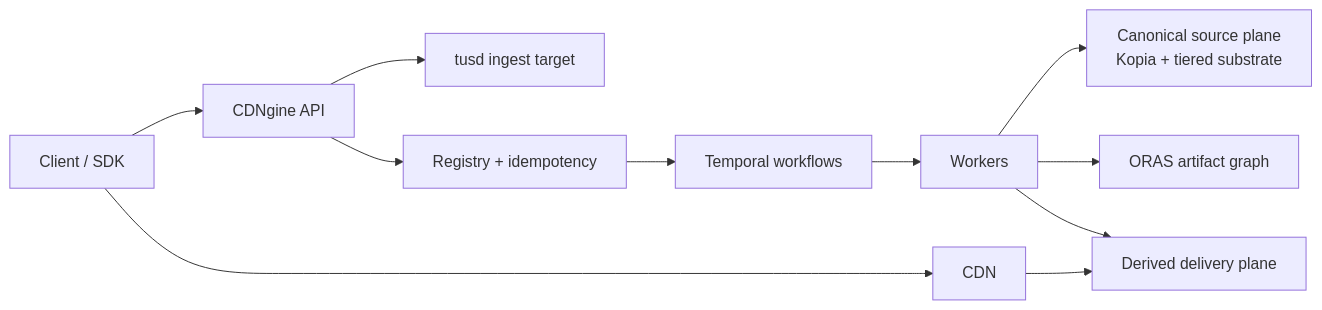
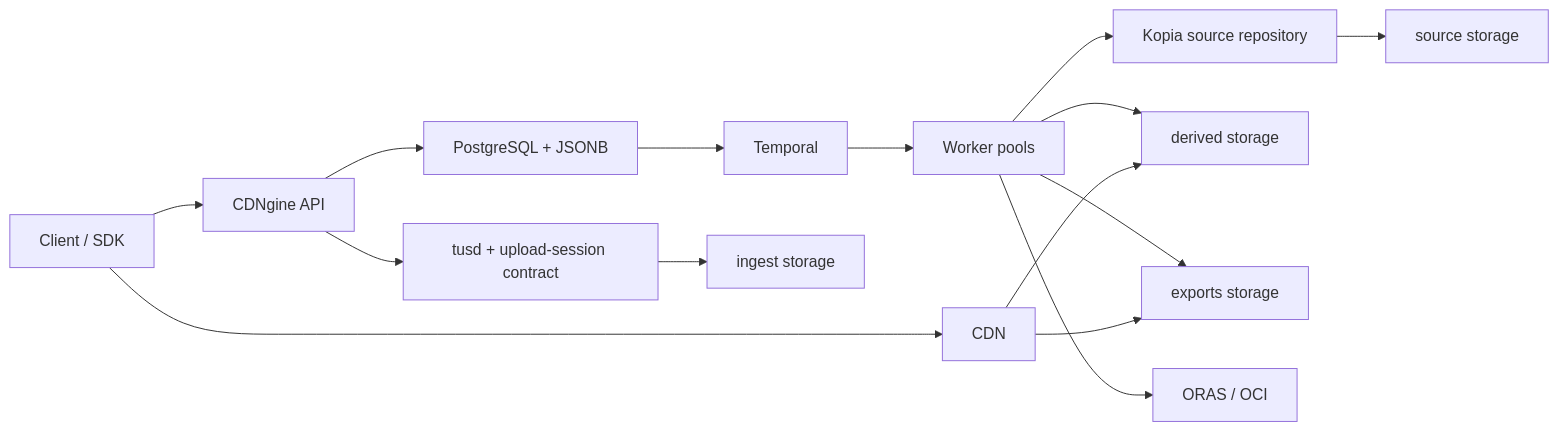
Before and after one commit to Yeusepe/cdngine: the first of 5 diagrams in README.md, drawn with Mermaid. The commit also changed other lines of this file and 23 other files, not shown here.

````diff
--- a/README.md
+++ b/README.md
@@ -28,13 +26,17 @@
 ```mermaid
 flowchart LR
     Client["Client / SDK"] --> API["CDNgine API"]
-    API --> Ingest["tusd ingest target"]
-    API --> Registry["Registry + idempotency"]
-    Registry --> Temporal["Temporal workflows"]
-    Temporal --> Workers["Workers"]
-    Workers --> Source["Canonical source plane\nKopia + tiered substrate"]
-    Workers --> Artifacts["ORAS artifact graph"]
-    Workers --> Derived["Derived delivery plane"]
+    API --> Ingest["tusd + upload-session contract"]
+    API --> Registry["PostgreSQL + JSONB"]
+    Registry --> Temporal["Temporal"]
+    Temporal --> Workers["Worker pools"]
+    Ingest --> Staging["ingest storage"]
+    Workers --> SourceRepo["Kopia source repository"]
+    SourceRepo --> SourceStore["source storage"]
+    Workers --> Derived["derived storage"]
+    Workers --> Exports["exports storage"]
+    Workers --> OCI["ORAS / OCI"]
     Client --> CDN["CDN"]
     CDN --> Derived
+    CDN --> Exports
 ```
````
